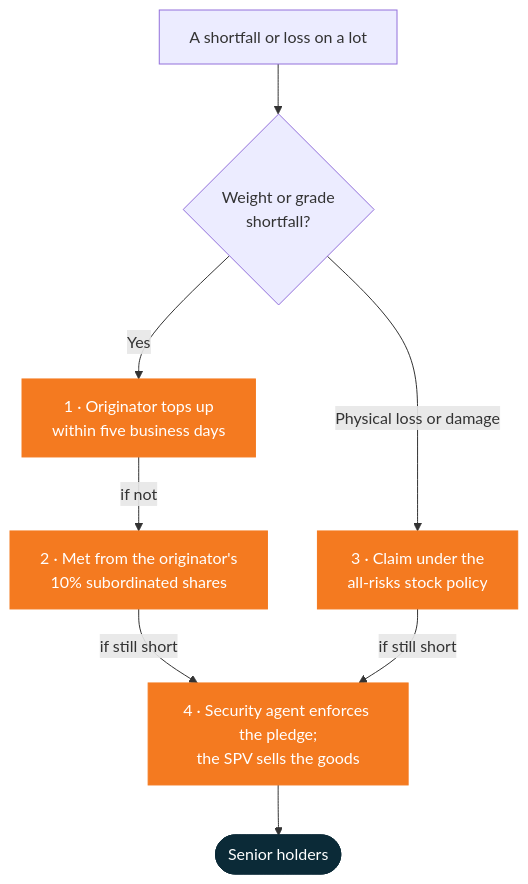
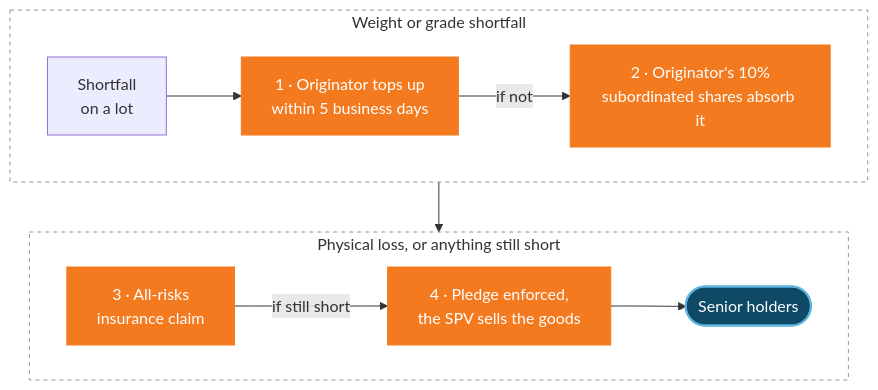
One commit to cargofinance/documentation changed the diagram in safety/insurance.mdx. Above: the diagram before and after it, drawn with Mermaid. The commit also changed 4 other files, not shown here.

First line of the commit message:
Widen diagrams and make them work in light and dark mode

````diff
--- a/safety/insurance.mdx
+++ b/safety/insurance.mdx
@@ -26,14 +26,18 @@
 ```mermaid
-flowchart TD
-    S["A shortfall or loss on a lot"] --> T{"Weight or grade<br/>shortfall?"}
-    T -- "Yes" --> U["1 · Originator tops up<br/>within five business days"]
-    U -- "if not" --> V["2 · Met from the originator's<br/>10% subordinated shares"]
-    T -- "Physical loss or damage" --> I["3 · Claim under the<br/>all-risks stock policy"]
-    V -- "if still short" --> E["4 · Security agent enforces the pledge;<br/>the SPV sells the goods"]
-    I -- "if still short" --> E
-    E --> H(["Senior holders"])
-    classDef navy fill:#0B2A37,stroke:#0B2A37,color:#ffffff
-    classDef orange fill:#F47A20,stroke:#F47A20,color:#ffffff
-    class H navy
-    class U,V,I,E orange
+flowchart TB
+    subgraph R1["Weight or grade shortfall"]
+        direction LR
+        S["Shortfall<br/>on a lot"] --> U["1 · Originator tops up<br/>within 5 business days"] -- "if not" --> V["2 · Originator's 10%<br/>subordinated shares absorb it"]
+    end
+    subgraph R2["Physical loss, or anything still short"]
+        direction LR
+        I["3 · All-risks<br/>insurance claim"] -- "if still short" --> E["4 · Pledge enforced,<br/>the SPV sells the goods"] --> H(["Senior holders"])
+    end
+    R1 --> R2
+    classDef key fill:#0E4A66,stroke:#5BB4DB,stroke-width:2px,color:#ffffff
+    classDef accent fill:#F47A20,stroke:#F47A20,color:#ffffff
+    class U,V,I,E accent
+    class H key
+    style R1 fill:transparent,stroke:#8A96A0,stroke-dasharray:4 4
+    style R2 fill:transparent,stroke:#8A96A0,stroke-dasharray:4 4
 ```
````
